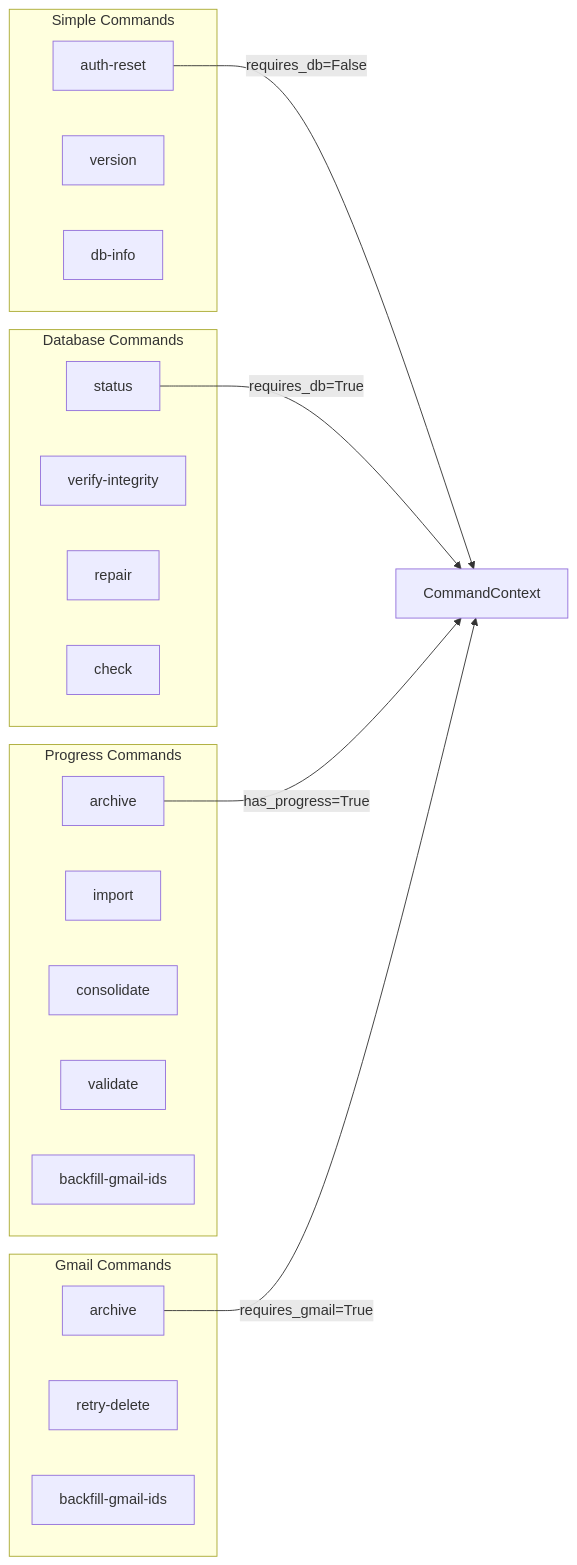
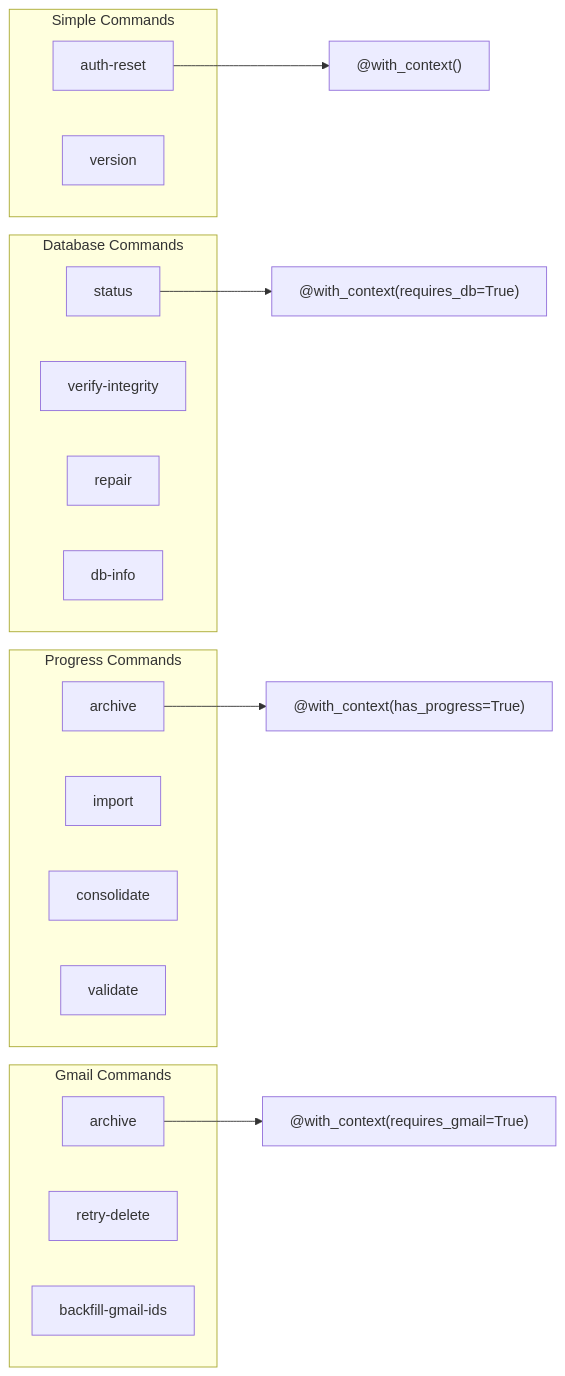
One commit to tumma72/GMailArchiver changed diagram 15 of 23 in docs/ARCHITECTURE.md. Above: the diagram before and after it, drawn with Mermaid. The commit also changed other lines of this file and 2 other files, not shown here.

First line of the commit message:
docs: Restructure architecture docs with layer organization

````diff
--- a/docs/ARCHITECTURE.md
+++ b/docs/ARCHITECTURE.md
@@ -1100,34 +650,32 @@
 ```mermaid
 graph LR
     subgraph "Simple Commands"
         A1[auth-reset]
         A2[version]
-        A3[db-info]
     end
 
     subgraph "Database Commands"
         B1[status]
         B2[verify-integrity]
         B3[repair]
-        B4[check]
+        B4[db-info]
     end
 
     subgraph "Progress Commands"
         C1[archive]
         C2[import]
         C3[consolidate]
         C4[validate]
-        C5[backfill-gmail-ids]
     end
 
     subgraph "Gmail Commands"
         D1[archive]
         D2[retry-delete]
         D3[backfill-gmail-ids]
     end
 
-    A1 --> |"requires_db=False"| CTX[CommandContext]
-    B1 --> |"requires_db=True"| CTX
-    C1 --> |"has_progress=True"| CTX
-    D1 --> |"requires_gmail=True"| CTX
+    A1 --> CTX1["@with_context()"]
+    B1 --> CTX2["@with_context(requires_db=True)"]
+    C1 --> CTX3["@with_context(has_progress=True)"]
+    D1 --> CTX4["@with_context(requires_gmail=True)"]
 ```
````
